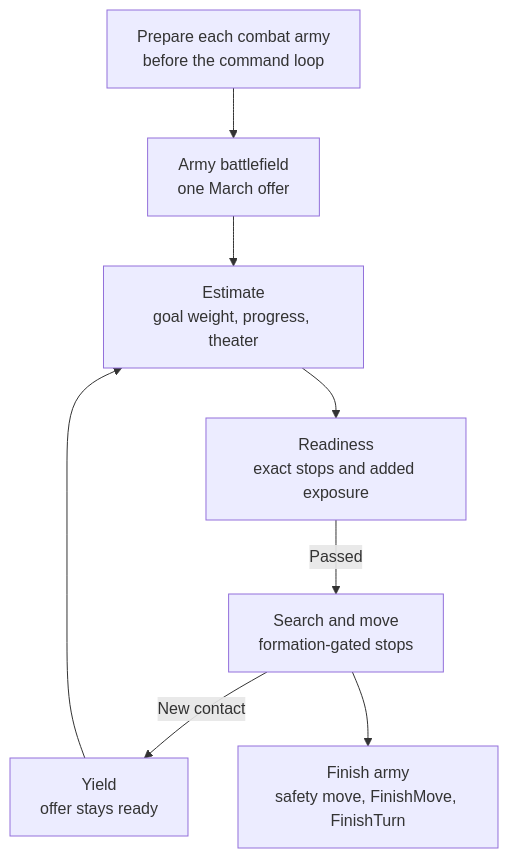
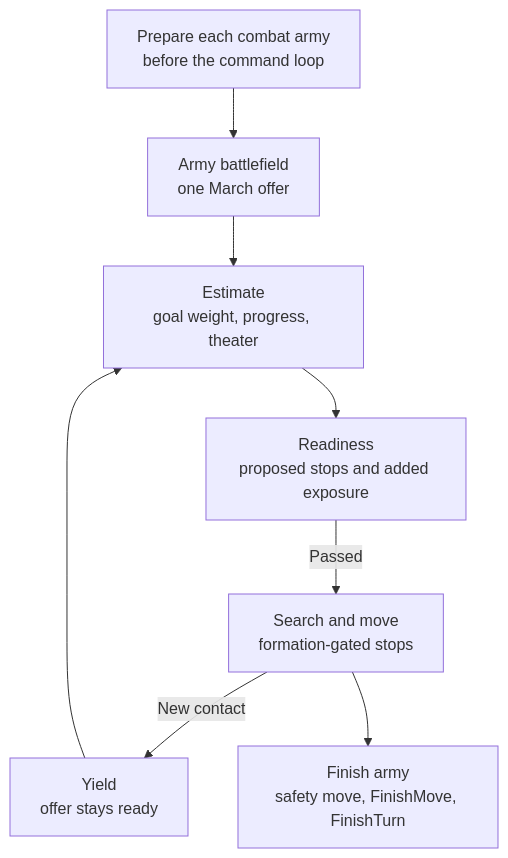
Before and after one commit to vox-deorum/vox-deorum: the diagram in docs/developers/civ5-dll/unit-ai/commands/march.md, drawn with Mermaid. The commit also changed other lines of this file and 4 other files, not shown here.

````diff
--- a/docs/developers/civ5-dll/unit-ai/commands/march.md
+++ b/docs/developers/civ5-dll/unit-ai/commands/march.md
@@ -5,10 +5,10 @@
 ```mermaid
 flowchart TD
     P["Prepare each combat army<br/>before the command loop"] --> R["Army battlefield<br/>one March offer"]
     R --> E["Estimate<br/>goal weight, progress, theater"]
-    E --> C["Readiness<br/>exact stops and added exposure"]
+    E --> C["Readiness<br/>proposed stops and added exposure"]
     C -->|Passed| X["Search and move<br/>formation-gated stops"]
     X -->|New contact| Y["Yield<br/>offer stays ready"]
     X --> F["Finish army<br/>safety move, FinishMove, FinishTurn"]
     Y --> E
 ```
````
